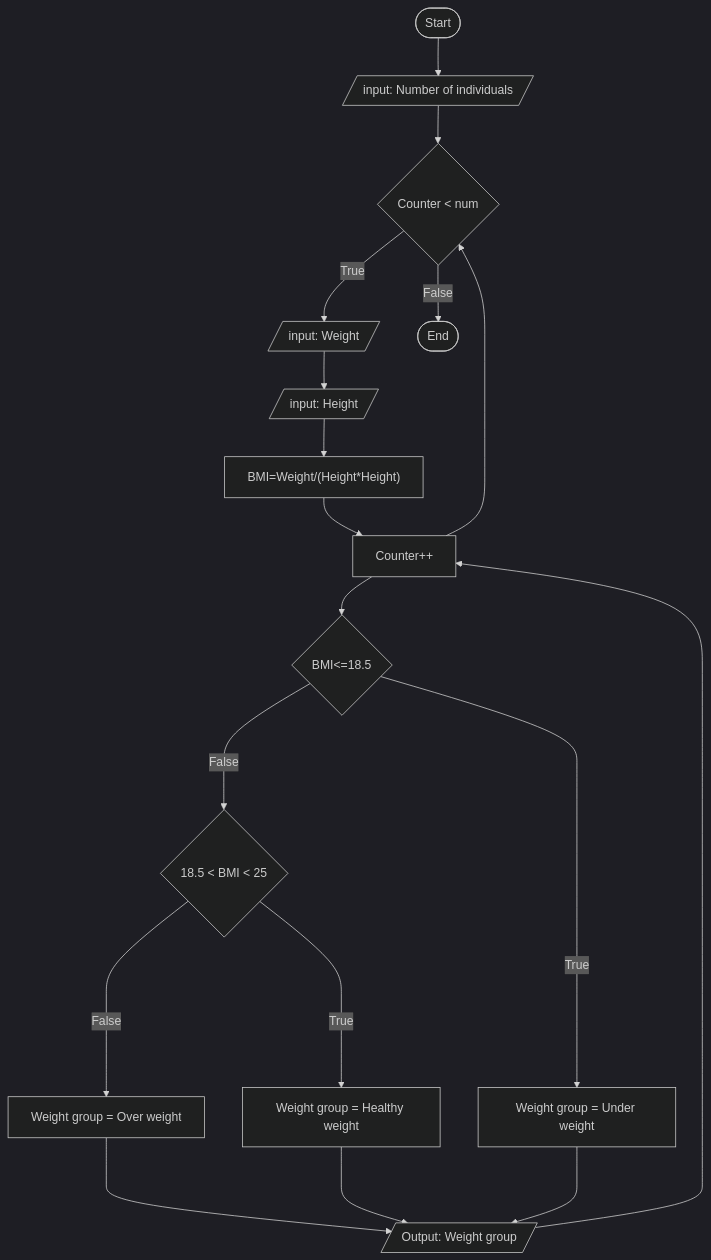
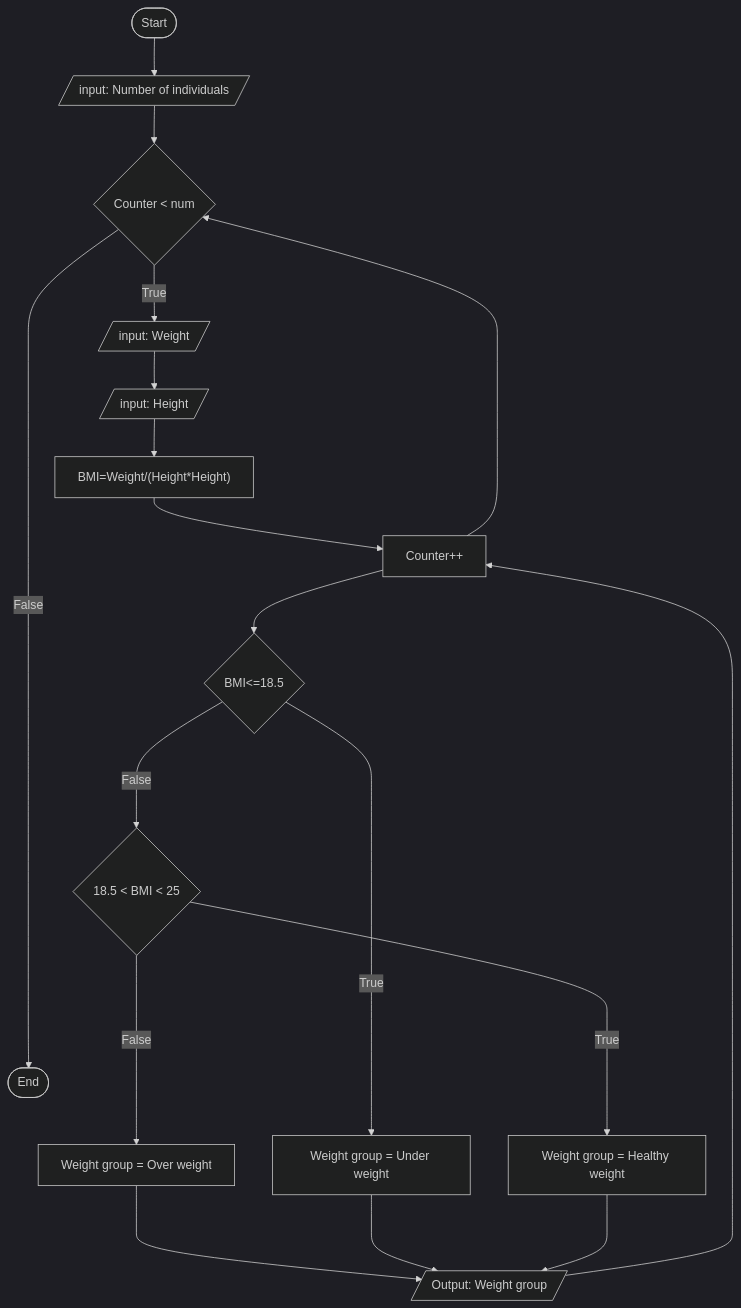
The diagram in ETS1210_Sahleselase_Asmamaw/BMI_calculator.md (SWEG-2016EC-Batch/System32), drawn with Mermaid (dark theme) before and after one commit.

````diff
--- a/ETS1210_Sahleselase_Asmamaw/BMI_calculator.md
+++ b/ETS1210_Sahleselase_Asmamaw/BMI_calculator.md
@@ -37,22 +37,22 @@
 ``` mermaid
 flowchart 
 id1([Start])-->id2[/input: Number of individuals/]
 id2-->id3{Counter < num}
 
 id3--True-->id4[/input: Weight/]
 id4-->id5[/input: Height/]
 id5-->id6["BMI=Weight/(Height*Height)"] 
 id6-->id14[/Output: BMI/]
 id14-->id7{BMI<=18.5}
 id7--False--->id8{18.5 < BMI < 25}
 id8--False-->id9[Weight group = Over weight]
 id9--->id10[/Output: Weight group/]
 id7--True--->id11[Weight group = Under weight]
 id11--->id10
 id8--True---->id12[Weight group = Healthy weight]
 id12--->id10
 
-id3--False-->id13([End])
+id3--False---------->id13([End])
 id10-->id14[Counter++]
 id14-->id3
 ```
````
